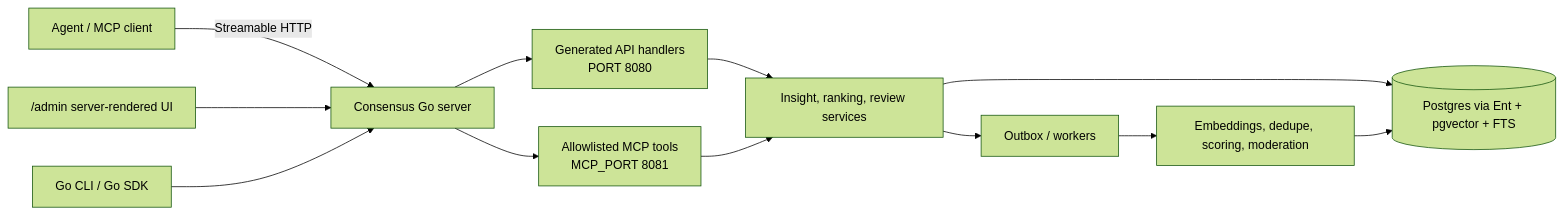
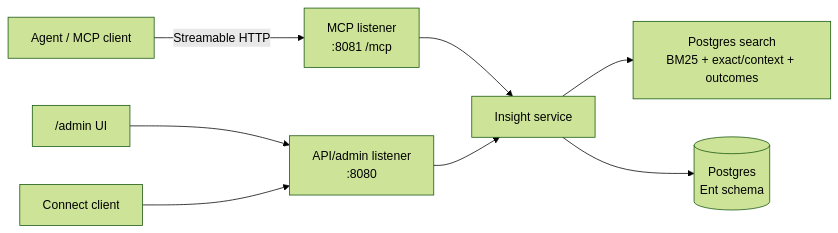
Before and after one commit to loewenthal-corp/consensus: the second of 2 diagrams in README.md, drawn with Mermaid (forest theme). The commit also changed other lines of this file and 11 other files, not shown here.

````diff
--- a/README.md
+++ b/README.md
@@ -239,14 +123,11 @@
 ```mermaid
 flowchart LR
-    Agent["Agent / MCP client"] -->|Streamable HTTP| Server["Consensus Go server"]
-    Admin["/admin server-rendered UI"] --> Server
-    CLI["Go CLI / Go SDK"] --> Server
-    Server --> API["Generated API handlers<br/>PORT 8080"]
-    Server --> MCP["Allowlisted MCP tools<br/>MCP_PORT 8081"]
-    API --> Services["Insight, ranking, review services"]
-    MCP --> Services
-    Services --> DB[("Postgres via Ent + pgvector + FTS")]
-    Services --> Queue["Outbox / workers"]
-    Queue --> Workers["Embeddings, dedupe, scoring, moderation"]
-    Workers --> DB
+    Agent["Agent / MCP client"] -->|Streamable HTTP| MCP["MCP listener<br/>:8081 /mcp"]
+    Admin["/admin UI"] --> API["API/admin listener<br/>:8080"]
+    APIClient["Connect client"] --> API
+
+    MCP --> Services["Insight service"]
+    API --> Services
+    Services --> Search["Postgres search<br/>BM25 + exact/context + outcomes"]
+    Services --> DB[("Postgres<br/>Ent schema")]
 ```
````
